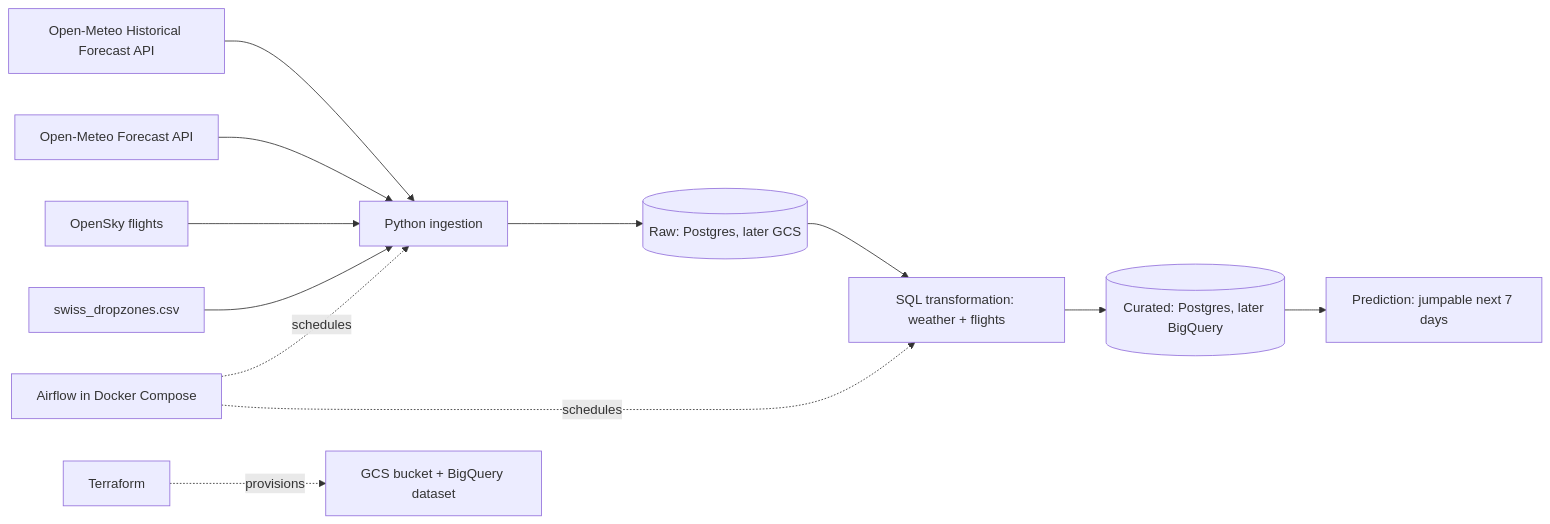
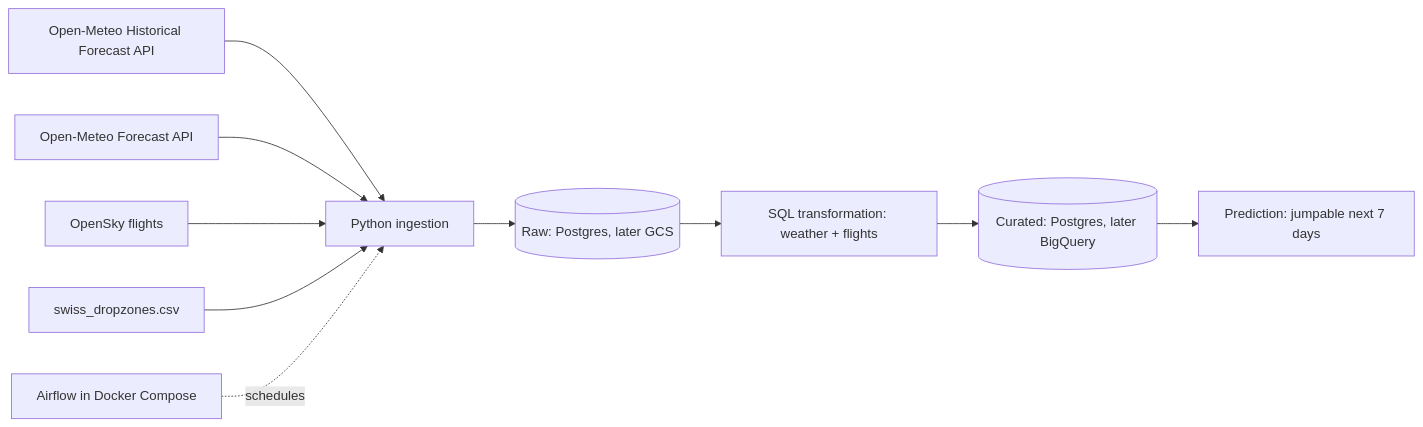
The diagram in docs/architecture.md (NiClerici/deng-hs26-skydive), drawn with Mermaid before and after one commit. The commit also changed other lines of this file and 3 other files, not shown here.

Commit message:
Add weather and forecast data for August and September 2026; update architecture documentation

````diff
--- a/docs/architecture.md
+++ b/docs/architecture.md
@@ -3,14 +3,13 @@
 ```mermaid
 flowchart LR
     HW[Open-Meteo Historical Forecast API] --> ING[Python ingestion]
     FC[Open-Meteo Forecast API] --> ING
     OS[OpenSky flights] --> ING
     SEED[swiss_dropzones.csv] --> ING
     ING --> RAW[(Raw: Postgres, later GCS)]
     RAW --> TRF[SQL transformation: weather + flights]
     TRF --> CUR[(Curated: Postgres, later BigQuery)]
     CUR --> MOD[Prediction: jumpable next 7 days]
     AF[Airflow in Docker Compose] -.schedules.-> ING
-    AF -.schedules.-> TRF
-    TF[Terraform] -.provisions.-> CLOUD[GCS bucket + BigQuery dataset]
+   
 ```
````
